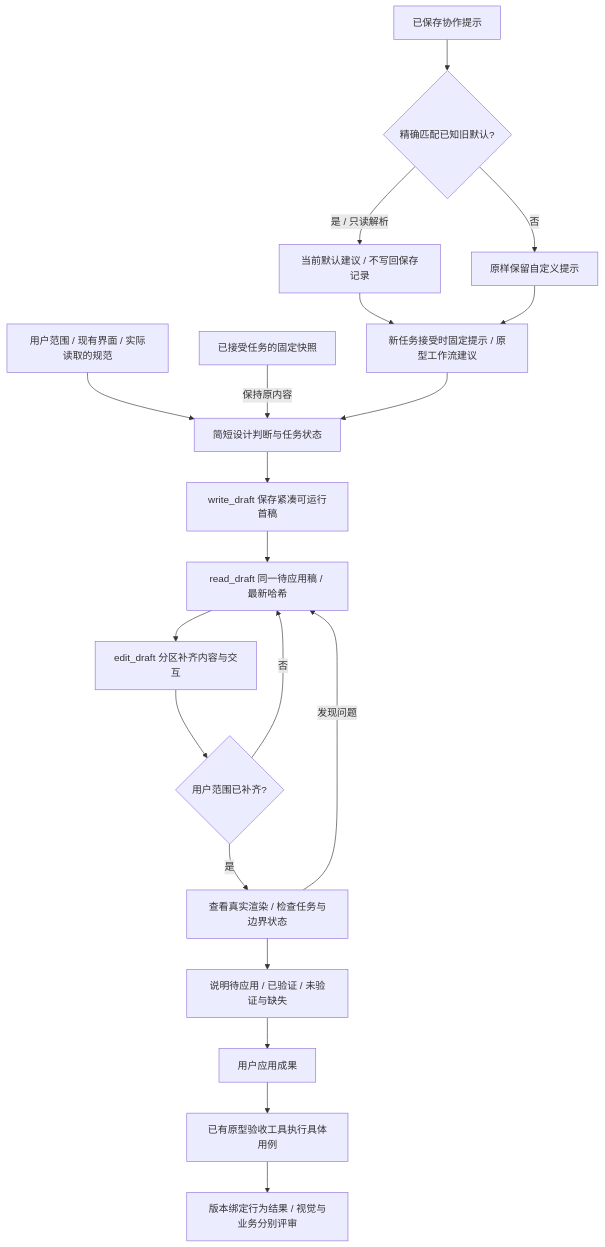
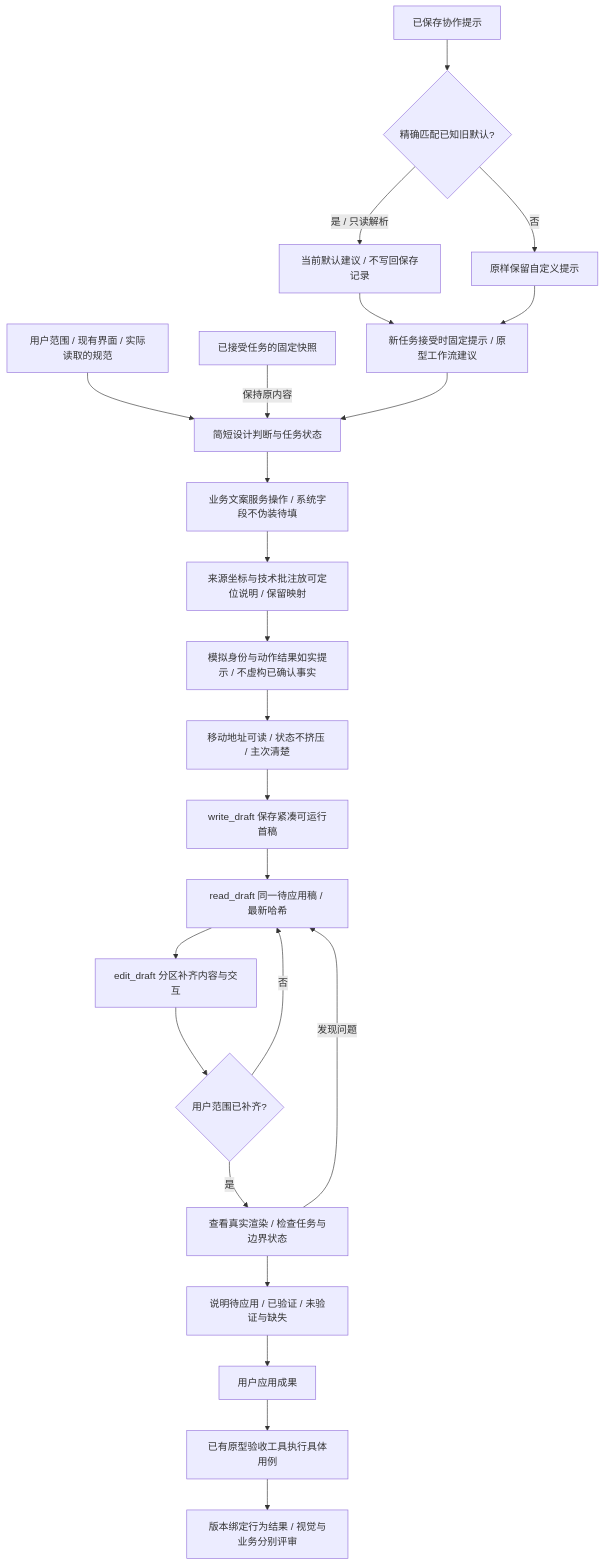
One commit to yuemokm/SLASH changed the diagram in docs/diagrams/prototype-design-guidance.mmd. Above: the diagram before and after it, drawn with Mermaid. The commit also changed 933 other files, not shown here.

```diff
--- a/docs/diagrams/prototype-design-guidance.mmd
+++ b/docs/diagrams/prototype-design-guidance.mmd
@@ -1,20 +1,24 @@
 flowchart TD
   Brief[用户范围 / 现有界面 / 实际读取的规范] --> Design[简短设计判断与任务状态]
   Saved[已保存协作提示] --> Match{精确匹配已知旧默认?}
   Match -->|是 / 只读解析| Default[当前默认建议 / 不写回保存记录]
   Match -->|否| Custom[原样保留自定义提示]
   Default --> Advice[新任务接受时固定提示 / 原型工作流建议]
   Custom --> Advice
   Pending[已接受任务的固定快照] -->|保持原内容| Design
   Advice --> Design
-  Design --> First[write_draft 保存紧凑可运行首稿]
+  Design --> Content[业务文案服务操作 / 系统字段不伪装待填]
+  Content --> Notes[来源坐标与技术批注放可定位说明 / 保留映射]
+  Notes --> Truth[模拟身份与动作结果如实提示 / 不虚构已确认事实]
+  Truth --> Mobile[移动地址可读 / 状态不挤压 / 主次清楚]
+  Mobile --> First[write_draft 保存紧凑可运行首稿]
   First --> Read[read_draft 同一待应用稿 / 最新哈希]
   Read --> Edit[edit_draft 分区补齐内容与交互]
   Edit --> Complete{用户范围已补齐?}
   Complete -->|否| Read
   Complete -->|是| Review[查看真实渲染 / 检查任务与边界状态]
   Review -->|发现问题| Read
   Review --> Report[说明待应用 / 已验证 / 未验证与缺失]
   Report --> Apply[用户应用成果]
   Apply --> Acceptance[已有原型验收工具执行具体用例]
   Acceptance --> Evidence[版本绑定行为结果 / 视觉与业务分别评审]
```
